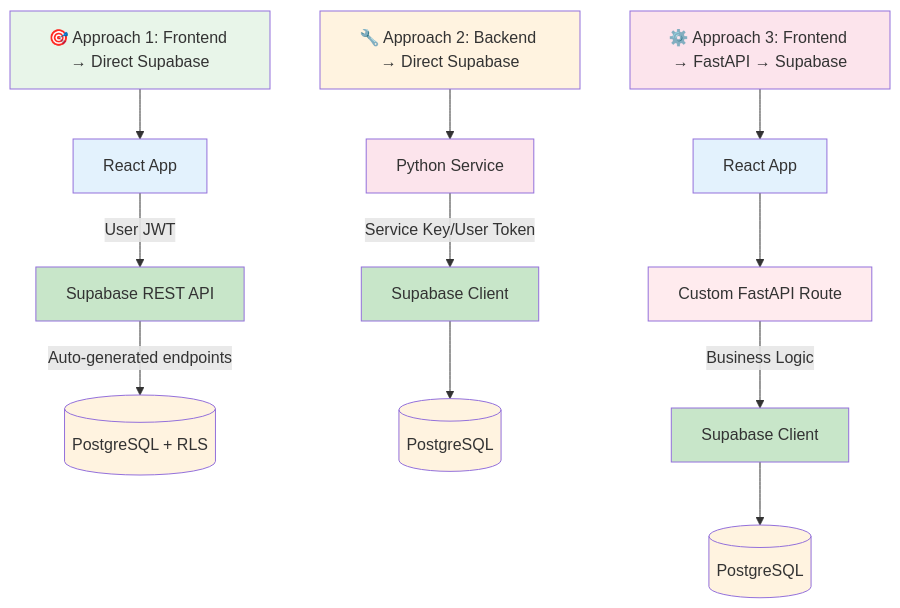
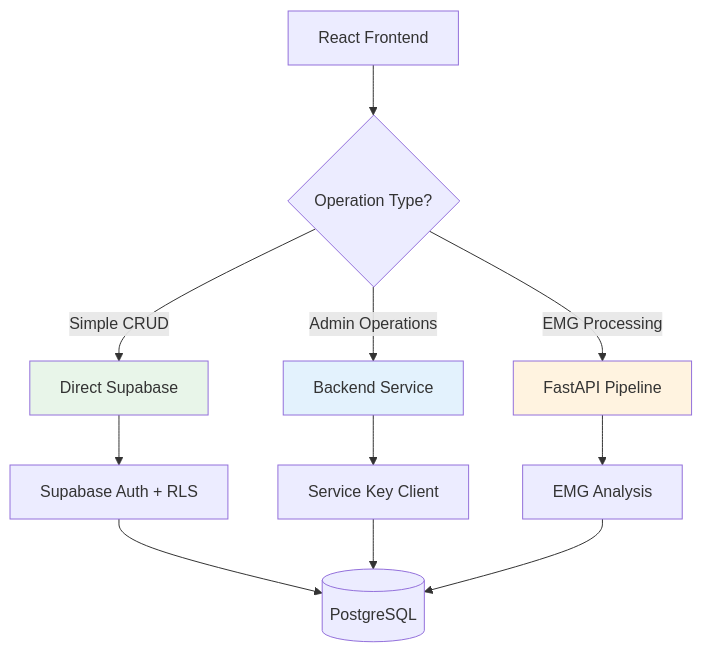
One commit to ggustin93/emg-c3d-analyzer changed the second of 4 diagrams in docusaurus/docs/architecture.md. Above: the diagram before and after it, drawn with Mermaid. The commit also changed other lines of this file and 18 other files, not shown here.

````diff
--- a/docusaurus/docs/architecture.md
+++ b/docusaurus/docs/architecture.md
@@ -93,32 +140,20 @@
 ```mermaid
-graph TB
-    A1["🎯 Approach 1: Frontend → Direct Supabase"]
-    A1 --> F1[React App]
-    F1 -->|User JWT| S1[Supabase REST API]
-    S1 -->|Auto-generated endpoints| DB1[(PostgreSQL + RLS)]
+graph TD
+    Frontend[React Frontend] --> Route{Operation Type?}
     
-    A2["🔧 Approach 2: Backend → Direct Supabase"]
-    A2 --> B2[Python Service]
-    B2 -->|Service Key/User Token| S2[Supabase Client]
-    S2 --> DB2[(PostgreSQL)]
+    Route -->|Simple CRUD| Direct[Direct Supabase]
+    Route -->|Admin Operations| Backend[Backend Service]
+    Route -->|EMG Processing| API[FastAPI Pipeline]
     
-    A3["⚙️ Approach 3: Frontend → FastAPI → Supabase"]
-    A3 --> F3[React App]
-    F3 --> API3[Custom FastAPI Route]
-    API3 -->|Business Logic| S3[Supabase Client]
-    S3 --> DB3[(PostgreSQL)]
+    Direct --> Auth[Supabase Auth + RLS]
+    Backend --> Service[Service Key Client]
+    API --> Processing[EMG Analysis]
     
-    style A1 fill:#e8f5e9
-    style A2 fill:#fff3e0
-    style A3 fill:#fce4ec
-    style F1 fill:#e3f2fd
-    style S1 fill:#c8e6c9
-    style DB1 fill:#fff3e0
-    style B2 fill:#fce4ec
-    style S2 fill:#c8e6c9
-    style DB2 fill:#fff3e0
-    style F3 fill:#e3f2fd
-    style API3 fill:#ffebee
-    style S3 fill:#c8e6c9
-    style DB3 fill:#fff3e0
+    Auth --> Database[(PostgreSQL)]
+    Service --> Database
+    Processing --> Database
+    
+    style Direct fill:#e8f5e9
+    style Backend fill:#e3f2fd
+    style API fill:#fff3e0
 ```
````
